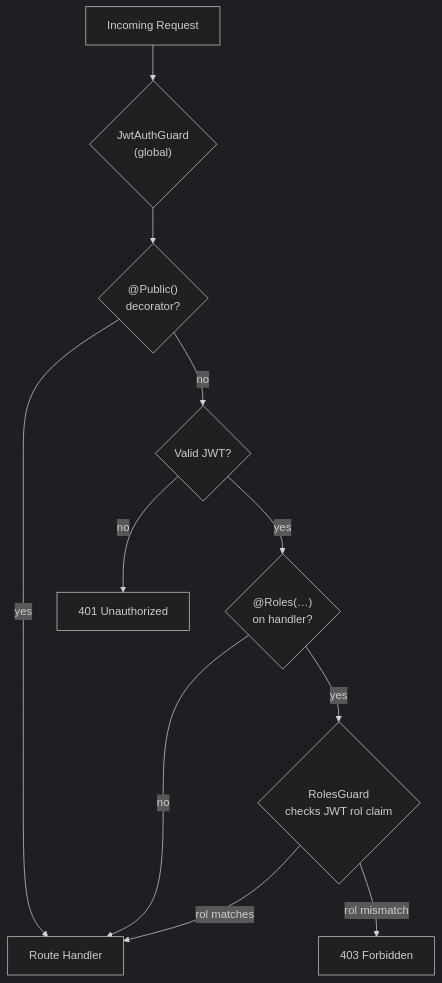
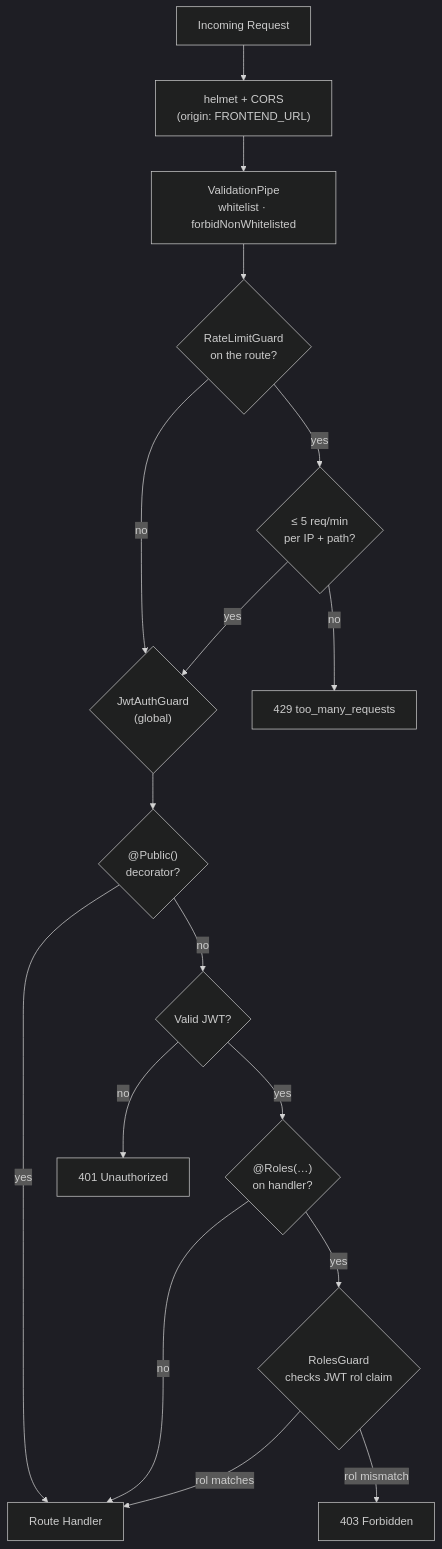
Diagram 11 of 16 in how/auth-service.md (EciWise/EciWise.github.io), drawn with Mermaid (dark theme) before and after one commit. The commit also changed other lines of this file and 10 other files, not shown here.

First line of the commit message:
Enhance documentation with C4 model diagrams for notifications, study, talk, and tutoring services

````diff
--- a/how/auth-service.md
+++ b/how/auth-service.md
@@ -199,23 +602,32 @@
 ```mermaid
 flowchart TD
     Request["Incoming Request"]
+    Helmet["helmet + CORS\n(origin: FRONTEND_URL)"]
+    Validation["ValidationPipe\nwhitelist · forbidNonWhitelisted"]
+    RateLimit{"RateLimitGuard\non the route?"}
+    Limit{"≤ 5 req/min\nper IP + path?"}
     JwtGuard{"JwtAuthGuard\n(global)"}
     Public{"@Public()\ndecorator?"}
     ValidToken{"Valid JWT?"}
     RolesDecorator{"@Roles(…)\non handler?"}
     RolesGuard{"RolesGuard\nchecks JWT rol claim"}
     Handler["Route Handler"]
     Reject401["401 Unauthorized"]
     Reject403["403 Forbidden"]
+    Reject429["429 too_many_requests"]
 
-    Request --> JwtGuard
+    Request --> Helmet --> Validation --> RateLimit
+    RateLimit -->|yes| Limit
+    RateLimit -->|no| JwtGuard
+    Limit -->|no| Reject429
+    Limit -->|yes| JwtGuard
     JwtGuard --> Public
     Public -->|yes| Handler
     Public -->|no| ValidToken
     ValidToken -->|no| Reject401
     ValidToken -->|yes| RolesDecorator
     RolesDecorator -->|no| Handler
     RolesDecorator -->|yes| RolesGuard
     RolesGuard -->|rol matches| Handler
     RolesGuard -->|rol mismatch| Reject403
 ```
````
